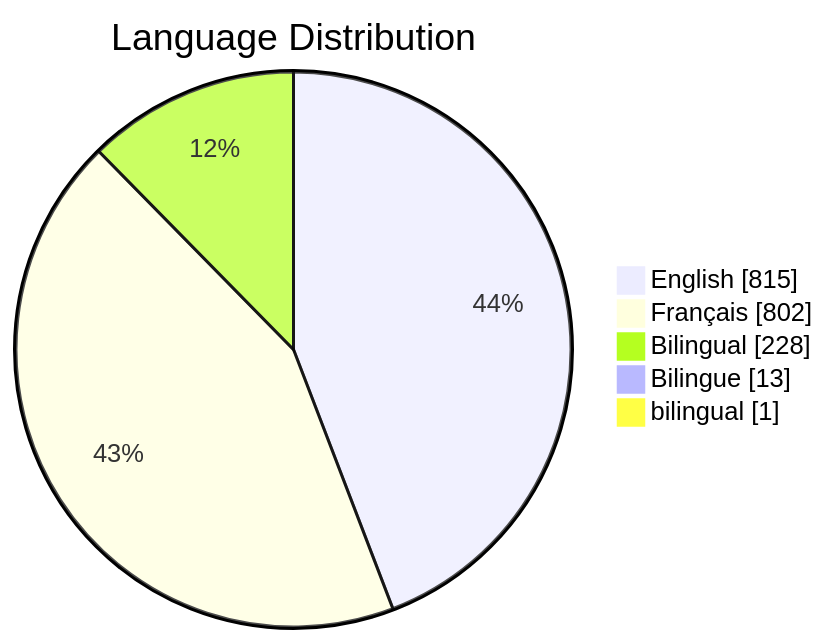
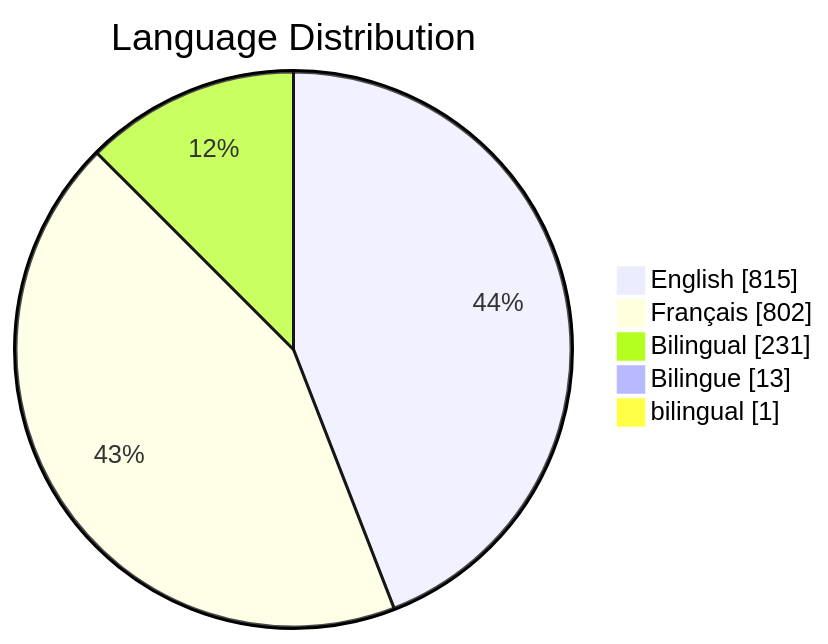
The third of 6 diagrams in README.md (PatLittle/GC-Socials), drawn with Mermaid before and after one commit. The commit also changed other lines of this file, not shown here.

Commit message:
Update README with Platform Distribution pie chart

````diff
--- a/README.md
+++ b/README.md
@@ -75,8 +78,8 @@
 ```mermaid
 pie showData title Language Distribution
     "English": 815
     "Français": 802
-    "Bilingual": 228
+    "Bilingual": 231
     "Bilingue": 13
     "bilingual": 1
 ```
````
